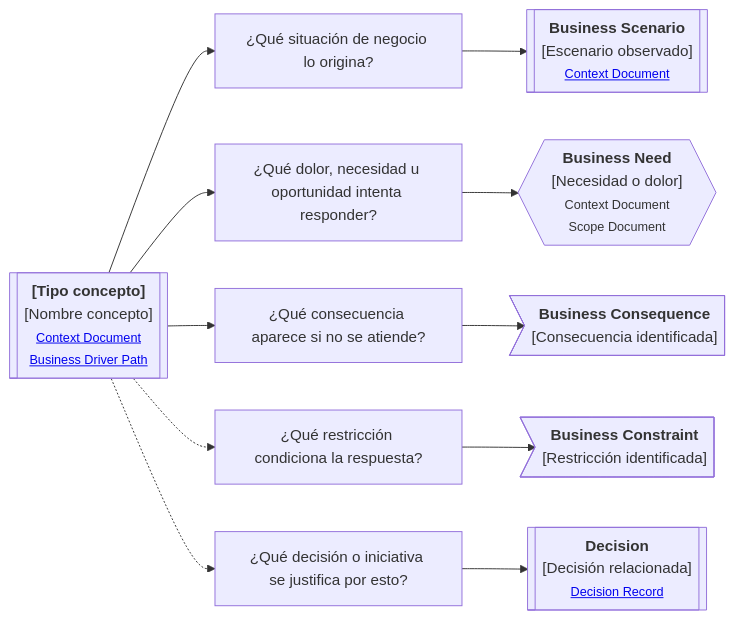
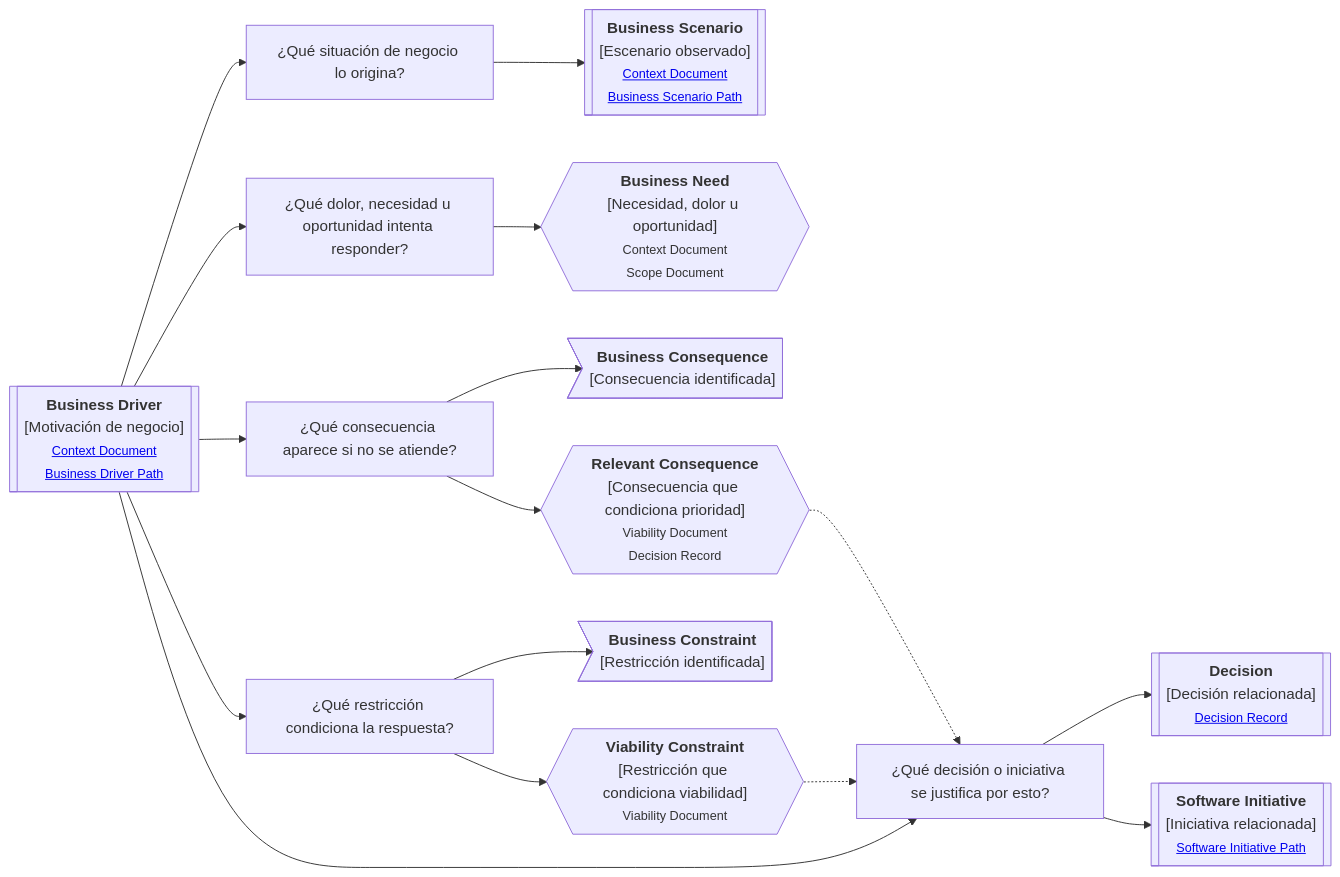
Before and after one commit to vslices/docs: the diagram in docs/es/alive-lab/research/notes/docs-standard/artifacts/continuity-paths/core/business-driver.md, drawn with Mermaid. The commit also changed other lines of this file and 12 other files, not shown here.

````diff
--- a/docs/es/alive-lab/research/notes/docs-standard/artifacts/continuity-paths/core/business-driver.md
+++ b/docs/es/alive-lab/research/notes/docs-standard/artifacts/continuity-paths/core/business-driver.md
@@ -80,22 +33,26 @@
 ```mermaid
 flowchart LR
-    CR[["<b>[Tipo concepto]</b><br/>[Nombre concepto]<br/><small><a href='link'>Context Document</a><br/><a href='link'>Business Driver Path</a></small>"]]
+    CR[["<b>Business Driver</b><br/>[Motivación de negocio]<br/><small><a href='link'>Context Document</a><br/><a href='link'>Business Driver Path</a></small>"]]
 
-    P1["¿Qué situación de negocio lo origina?"]
-    P2["¿Qué dolor, necesidad u oportunidad intenta responder?"]
-    P3["¿Qué consecuencia aparece si no se atiende?"]
-    P4["¿Qué restricción condiciona la respuesta?"]
-    P5["¿Qué decisión o iniciativa se justifica por esto?"]
+    CR --> P1["¿Qué situación de negocio lo origina?"]
+    CR --> P2["¿Qué dolor, necesidad u oportunidad intenta responder?"]
+    CR --> P3["¿Qué consecuencia aparece si no se atiende?"]
+    CR --> P4["¿Qué restricción condiciona la respuesta?"]
+    CR --> P5["¿Qué decisión o iniciativa se justifica por esto?"]
 
-    P1 --> C1[["<b>Business Scenario</b><br/>[Escenario observado]<br/><small><a href='link'>Context Document</a></small>"]]
-    P2 --> C2{{"<b>Business Need</b><br/>[Necesidad o dolor]<br/><small>Context Document<br/>Scope Document</small>"}}
-    P3 --> C3>"<b>Business Consequence</b><br/>[Consecuencia identificada]"]
-    P4 --> C4>"<b>Business Constraint</b><br/>[Restricción identificada]"]
-    P5 --> C5[["<b>Decision</b><br/>[Decisión relacionada]<br/><small><a href='link'>Decision Record</a></small>"]]
+    P1 --> S1[["<b>Business Scenario</b><br/>[Escenario observado]<br/><small><a href='link'>Context Document</a><br/><a href='link'>Business Scenario Path</a></small>"]]
 
-    CR --> P1
-    CR --> P2
-    CR --> P3
-    CR -.-> P4
-    CR -.-> P5
+    P2 --> N1{{"<b>Business Need</b><br/>[Necesidad, dolor u oportunidad]<br/><small>Context Document<br/>Scope Document</small>"}}
+
+    P3 --> C1>"<b>Business Consequence</b><br/>[Consecuencia identificada]"]
+    P3 --> C2{{"<b>Relevant Consequence</b><br/>[Consecuencia que condiciona prioridad]<br/><small>Viability Document<br/>Decision Record</small>"}}
+
+    P4 --> R1>"<b>Business Constraint</b><br/>[Restricción identificada]"]
+    P4 --> R2{{"<b>Viability Constraint</b><br/>[Restricción que condiciona viabilidad]<br/><small>Viability Document</small>"}}
+
+    P5 --> D1[["<b>Decision</b><br/>[Decisión relacionada]<br/><small><a href='link'>Decision Record</a></small>"]]
+    P5 --> I1[["<b>Software Initiative</b><br/>[Iniciativa relacionada]<br/><small><a href='link'>Software Initiative Path</a></small>"]]
+
+    C2 -.-> P5
+    R2 -.-> P5
 ```
````
